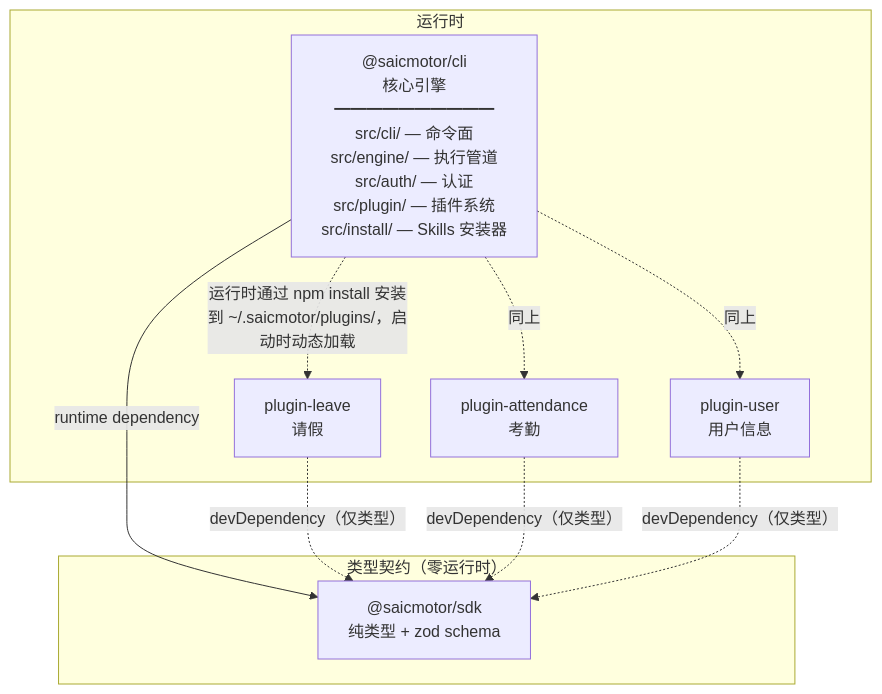
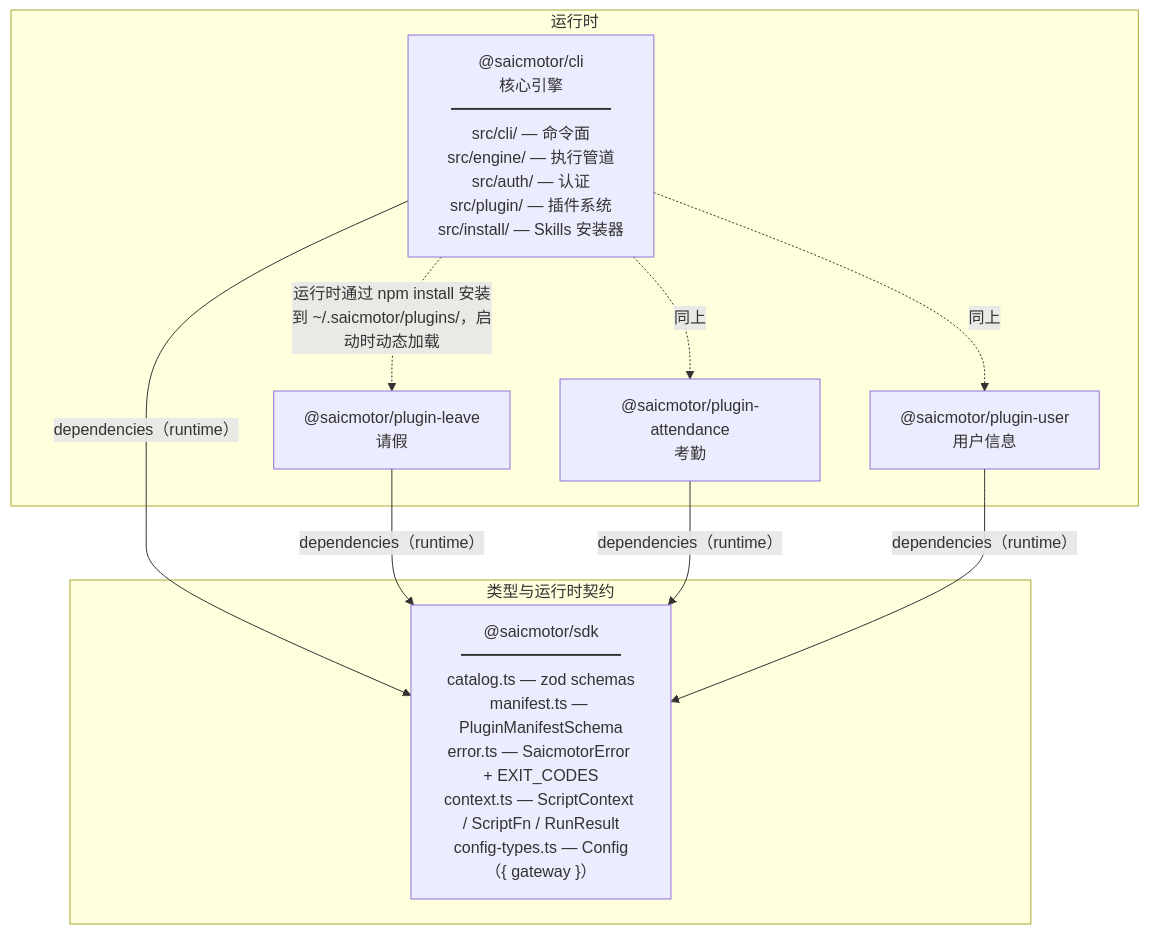
Before and after one commit to a5535772/saicmotor-cli: the second of 5 diagrams in howto/framework-v2/02-architecture.md, drawn with Mermaid. The commit also changed other lines of this file, not shown here.

Commit message:
docs: framework-v2 架构文档对齐当前包拓扑和 SDK 角色

````diff
--- a/howto/framework-v2/02-architecture.md
+++ b/howto/framework-v2/02-architecture.md
@@ -76,21 +103,21 @@
 ```mermaid
 flowchart TB
-    subgraph "类型契约（零运行时）"
-        SDK["@saicmotor/sdk<br/>纯类型 + zod schema"]
+    subgraph "类型与运行时契约"
+        SDK["@saicmotor/sdk<br/>━━━━━━━━━━<br/>catalog.ts — zod schemas<br/>manifest.ts — PluginManifestSchema<br/>error.ts — SaicmotorError + EXIT_CODES<br/>context.ts — ScriptContext / ScriptFn / RunResult<br/>config-types.ts — Config（{ gateway }）"]
     end
 
     subgraph "运行时"
         CLI["@saicmotor/cli<br/>核心引擎<br/>━━━━━━━━━━<br/>src/cli/ — 命令面<br/>src/engine/ — 执行管道<br/>src/auth/ — 认证<br/>src/plugin/ — 插件系统<br/>src/install/ — Skills 安装器"]
-        P1["plugin-leave<br/>请假"]
-        P2["plugin-attendance<br/>考勤"]
-        P3["plugin-user<br/>用户信息"]
+        P1["@saicmotor/plugin-leave<br/>请假"]
+        P2["@saicmotor/plugin-attendance<br/>考勤"]
+        P3["@saicmotor/plugin-user<br/>用户信息"]
     end
 
-    CLI -->|"runtime dependency"| SDK
-    P1 -.->|"devDependency（仅类型）"| SDK
-    P2 -.->|"devDependency（仅类型）"| SDK
-    P3 -.->|"devDependency（仅类型）"| SDK
+    CLI -->|"dependencies（runtime）"| SDK
+    P1 -->|"dependencies（runtime）"| SDK
+    P2 -->|"dependencies（runtime）"| SDK
+    P3 -->|"dependencies（runtime）"| SDK
     CLI -.->|"运行时通过 npm install 安装到 ~/.saicmotor/plugins/，启动时动态加载"| P1
     CLI -.->|"同上"| P2
     CLI -.->|"同上"| P3
 ```
````
